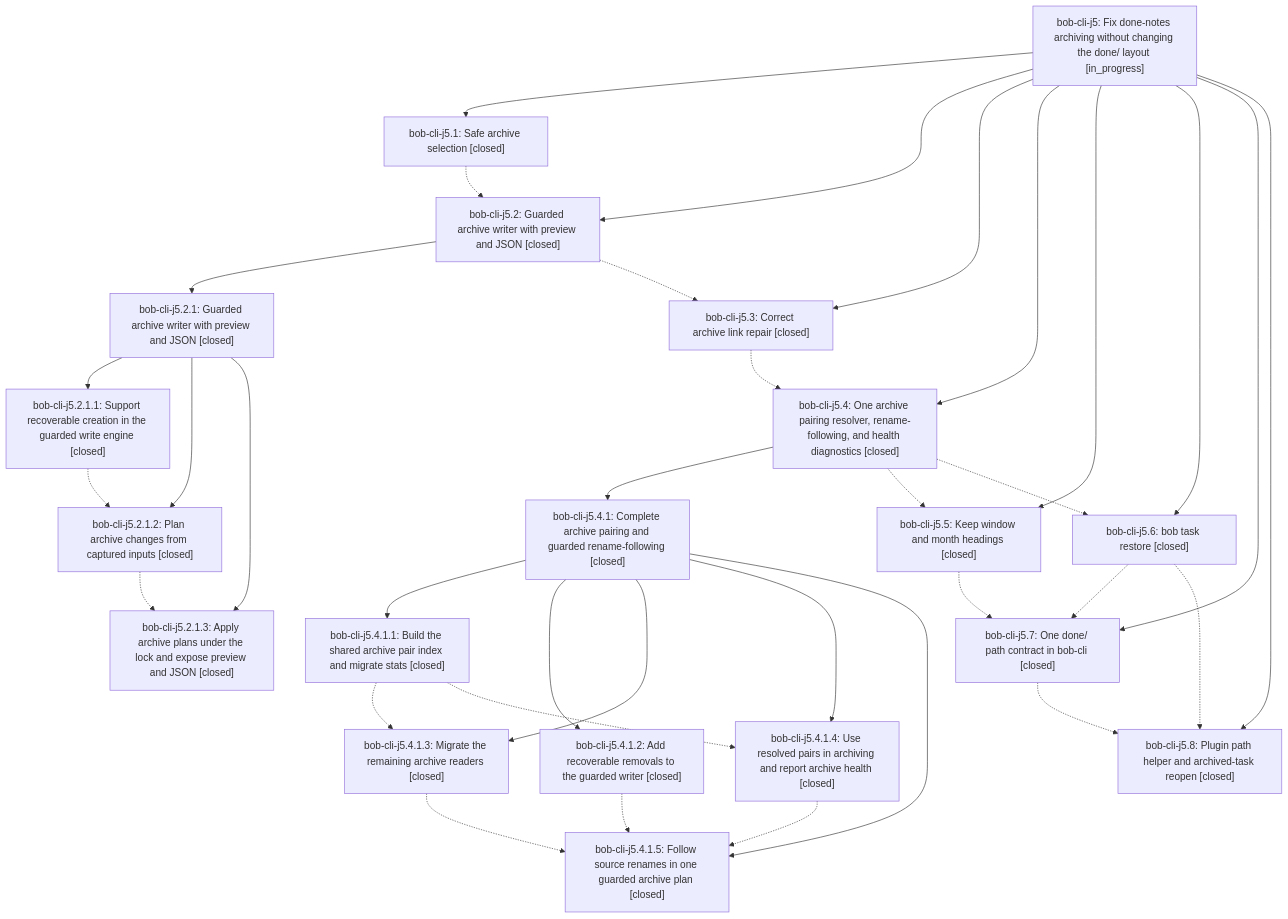
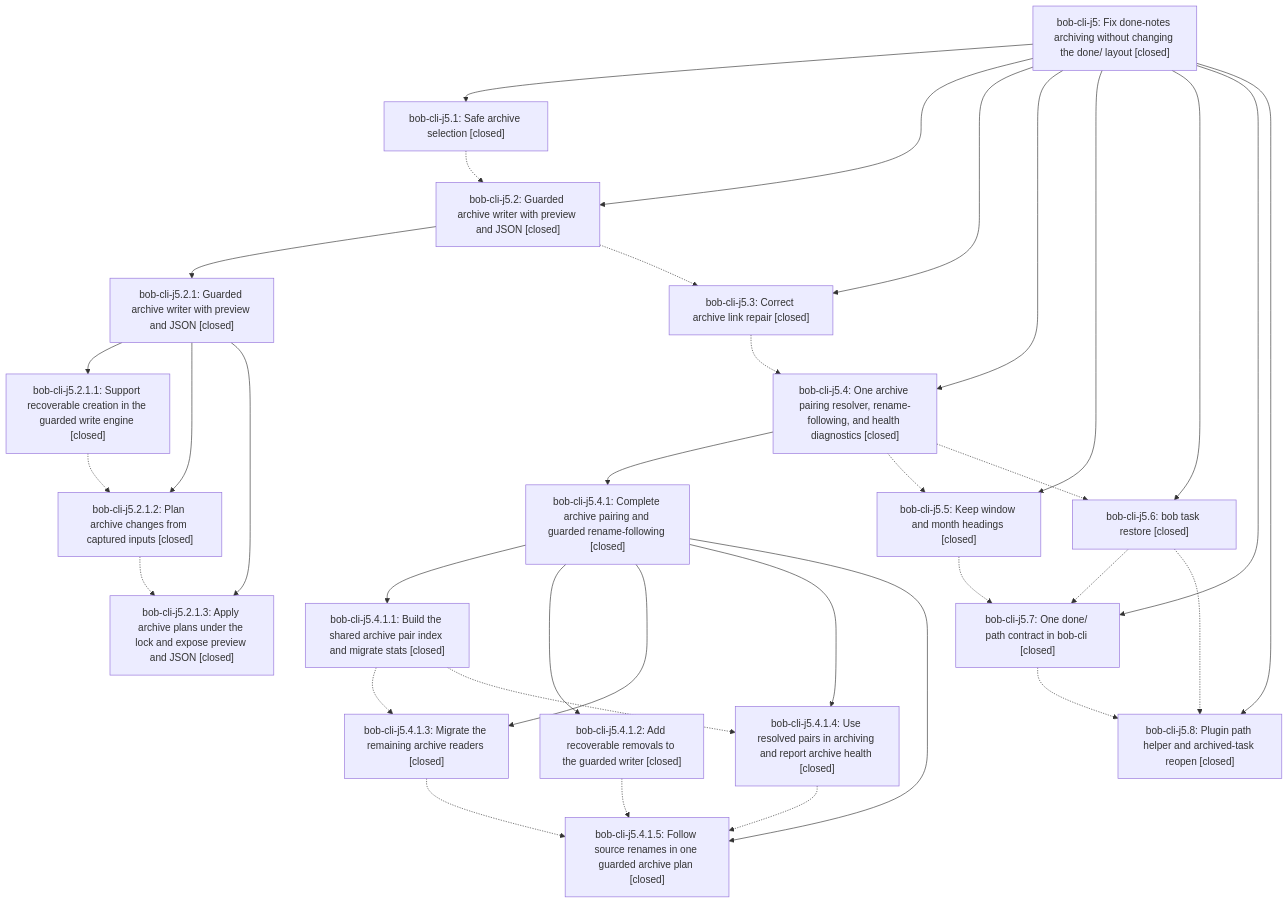
One commit to bobs-org/bob-cli--beads changed the diagram in pages/bob-cli-j5/README.md. Above: the diagram before and after it, drawn with Mermaid. The commit also changed other lines of this file and 1 other file, not shown here.

First line of the commit message:
chore(beads): sync bead state and pages for bob-cli-j5

````diff
--- a/pages/bob-cli-j5/README.md
+++ b/pages/bob-cli-j5/README.md
@@ -48,56 +68,56 @@
 ```mermaid
 flowchart TD
-    n0["bob-cli-j5: Fix done-notes archiving without changing the done/ layout [in_progress]"]
+    n0["bob-cli-j5: Fix done-notes archiving without changing the done/ layout [closed]"]
     n1["bob-cli-j5.1: Safe archive selection [closed]"]
     n2["bob-cli-j5.2: Guarded archive writer with preview and JSON [closed]"]
     n3["bob-cli-j5.2.1: Guarded archive writer with preview and JSON [closed]"]
     n4["bob-cli-j5.2.1.1: Support recoverable creation in the guarded write engine [closed]"]
     n5["bob-cli-j5.2.1.2: Plan archive changes from captured inputs [closed]"]
     n6["bob-cli-j5.2.1.3: Apply archive plans under the lock and expose preview and JSON [closed]"]
     n7["bob-cli-j5.3: Correct archive link repair [closed]"]
     n8["bob-cli-j5.4: One archive pairing resolver, rename-following, and health diagnostics [closed]"]
     n9["bob-cli-j5.4.1: Complete archive pairing and guarded rename-following [closed]"]
     n10["bob-cli-j5.4.1.1: Build the shared archive pair index and migrate stats [closed]"]
     n11["bob-cli-j5.4.1.2: Add recoverable removals to the guarded writer [closed]"]
     n12["bob-cli-j5.4.1.3: Migrate the remaining archive readers [closed]"]
     n13["bob-cli-j5.4.1.4: Use resolved pairs in archiving and report archive health [closed]"]
     n14["bob-cli-j5.4.1.5: Follow source renames in one guarded archive plan [closed]"]
     n15["bob-cli-j5.5: Keep window and month headings [closed]"]
     n16["bob-cli-j5.6: bob task restore [closed]"]
     n17["bob-cli-j5.7: One done/ path contract in bob-cli [closed]"]
     n18["bob-cli-j5.8: Plugin path helper and archived-task reopen [closed]"]
     n0 --> n1
     n0 --> n2
     n2 --> n3
     n3 --> n4
     n3 --> n5
     n3 --> n6
     n0 --> n7
     n0 --> n8
     n8 --> n9
     n9 --> n10
     n9 --> n11
     n9 --> n12
     n9 --> n13
     n9 --> n14
     n0 --> n15
     n0 --> n16
     n0 --> n17
     n0 --> n18
     n1 -.-> n2
     n2 -.-> n7
     n4 -.-> n5
     n5 -.-> n6
     n7 -.-> n8
     n8 -.-> n15
     n8 -.-> n16
     n10 -.-> n12
     n10 -.-> n13
     n11 -.-> n14
     n12 -.-> n14
     n13 -.-> n14
     n15 -.-> n17
     n16 -.-> n17
     n16 -.-> n18
     n17 -.-> n18
 ```
````
